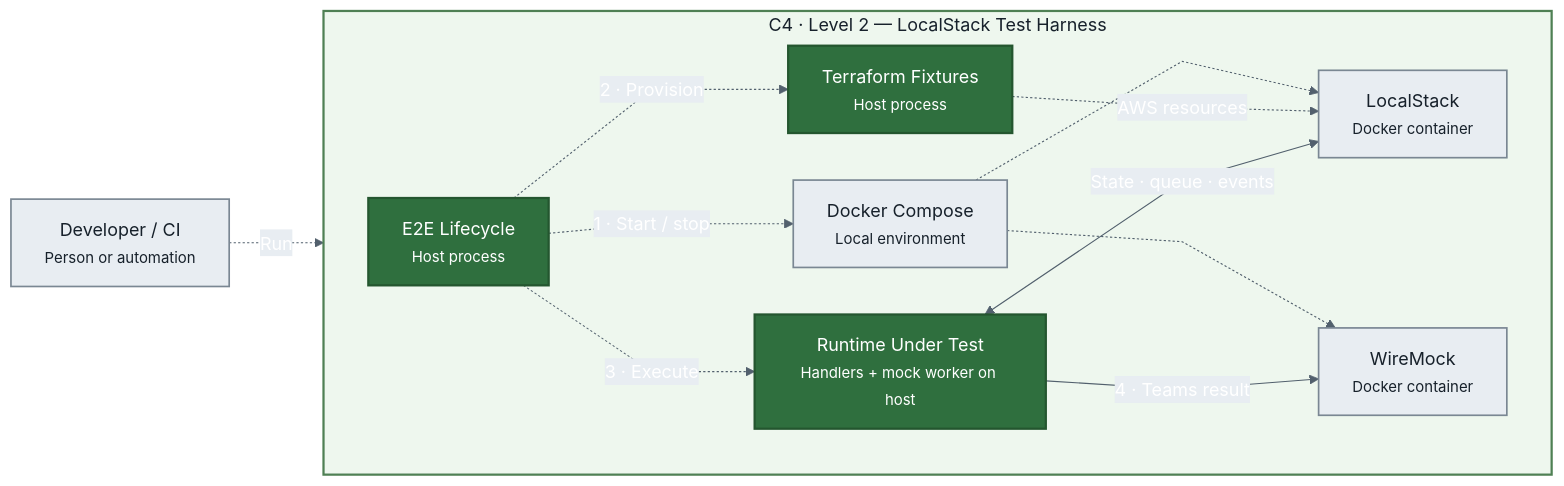
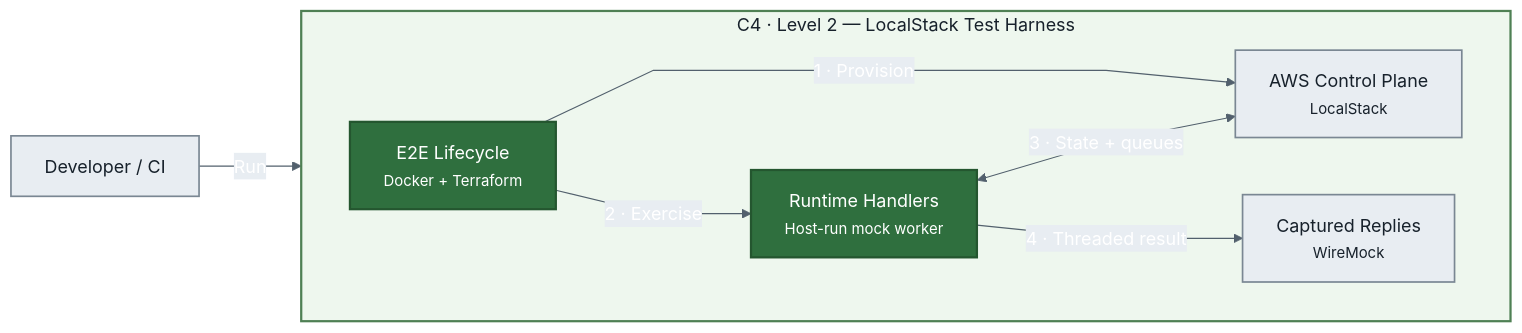
The diagram in docs/c4-localstack-test-harness-containers.mmd (gpazo/Rat-Things), drawn with Mermaid before and after one commit. The commit also changed 87 other files, not shown here.

```diff
--- a/docs/c4-localstack-test-harness-containers.mmd
+++ b/docs/c4-localstack-test-harness-containers.mmd
@@ -1,30 +1,24 @@
-%%{init: {"theme":"base","themeVariables":{"fontFamily":"Arial, sans-serif","primaryColor":"#2f6f3e","primaryTextColor":"#ffffff","primaryBorderColor":"#24562f","lineColor":"#52606d","secondaryColor":"#e8edf2","tertiaryColor":"#eef7ee","background":"#ffffff"},"themeCSS":".nodeLabel,.edgeLabel,.cluster-label{font-family:Arial,sans-serif!important}.edgeLabel p{color:#344250!important;background:#ffffff!important}","flowchart":{"curve":"linear","nodeSpacing":42,"rankSpacing":55}}}%%
+%%{init: {"theme":"base","themeVariables":{"fontFamily":"Arial, sans-serif","primaryColor":"#2f6f3e","primaryTextColor":"#ffffff","primaryBorderColor":"#24562f","lineColor":"#52606d","secondaryColor":"#e8edf2","tertiaryColor":"#eef7ee","background":"#ffffff"},"themeCSS":".nodeLabel,.edgeLabel,.cluster-label{font-family:Arial,sans-serif!important}.edgeLabel p{color:#344250!important;background:#ffffff!important}","flowchart":{"curve":"linear","nodeSpacing":50,"rankSpacing":62}}}%%
 flowchart LR
-    developer["Developer / CI<br/><small>Person or automation</small>"]
+    developer["Developer / CI"]
 
     subgraph harness["C4 · Level 2 — LocalStack Test Harness"]
         direction LR
-        lifecycle["E2E Lifecycle<br/><small>Host process</small>"]
-        compose["Docker Compose<br/><small>Local environment</small>"]
-        fixtures["Terraform Fixtures<br/><small>Host process</small>"]
-        workflow["Runtime Under Test<br/><small>Handlers + mock worker on host</small>"]
-        localstack["LocalStack<br/><small>Docker container</small>"]
-        wiremock["WireMock<br/><small>Docker container</small>"]
+        lifecycle["E2E Lifecycle<br/><small>Docker + Terraform</small>"]
+        runtime["Runtime Handlers<br/><small>Host-run mock worker</small>"]
+        localstack["AWS Control Plane<br/><small>LocalStack</small>"]
+        wiremock["Captured Replies<br/><small>WireMock</small>"]
 
-        lifecycle -.->|1 · Start / stop| compose
-        lifecycle -.->|2 · Provision| fixtures
-        lifecycle -.->|3 · Execute| workflow
-        compose -.-> localstack
-        compose -.-> wiremock
-        fixtures -.->|AWS resources| localstack
-        workflow <-->|State · queue · events| localstack
-        workflow -->|4 · Teams result| wiremock
+        lifecycle -->|1 · Provision| localstack
+        lifecycle -->|2 · Exercise| runtime
+        runtime <-->|3 · State + queues| localstack
+        runtime -->|4 · Threaded result| wiremock
     end
 
-    developer -.->|Run| lifecycle
+    developer -->|Run| lifecycle
 
     classDef host fill:#2f6f3e,color:#ffffff,stroke:#24562f,stroke-width:2px;
     classDef docker fill:#e8edf2,color:#17212b,stroke:#7a8793,stroke-width:1.5px;
-    class lifecycle,fixtures,workflow host;
-    class compose,localstack,wiremock,developer docker;
+    class lifecycle,runtime host;
+    class localstack,wiremock,developer docker;
     style harness fill:#eef7ee,stroke:#4f8054,stroke-width:2px,color:#17212b;
```
